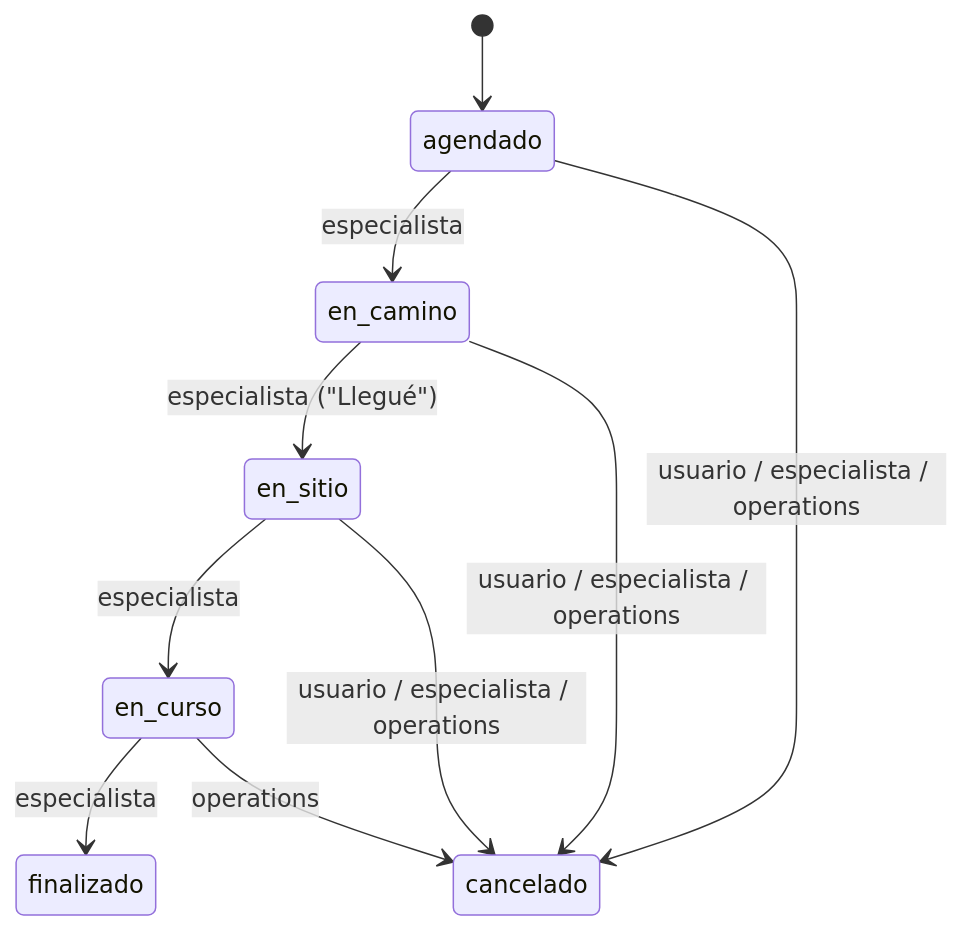
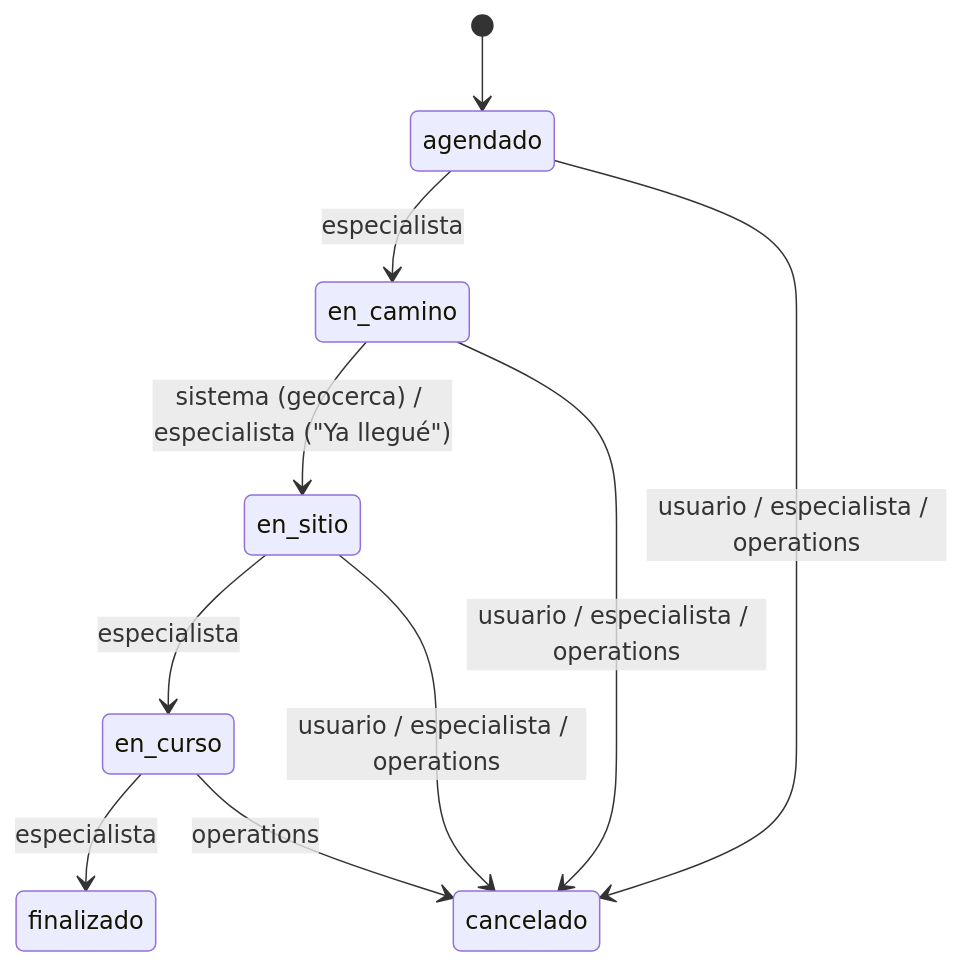
One commit to Toti-Gauna/handyx-specialist-fe changed the third of 3 diagrams in docs/state-machines.md. Above: the diagram before and after it, drawn with Mermaid. The commit also changed other lines of this file and 61 other files, not shown here.

````diff
--- a/docs/state-machines.md
+++ b/docs/state-machines.md
@@ -73,12 +73,12 @@
 ```mermaid
 stateDiagram-v2
   [*] --> agendado
   agendado --> en_camino: especialista
-  en_camino --> en_sitio: especialista ("Llegué")
+  en_camino --> en_sitio: sistema (geocerca) / especialista ("Ya llegué")
   en_sitio --> en_curso: especialista
   en_curso --> finalizado: especialista
   agendado --> cancelado: usuario / especialista / operations
   en_camino --> cancelado: usuario / especialista / operations
   en_sitio --> cancelado: usuario / especialista / operations
   en_curso --> cancelado: operations
 ```
````
